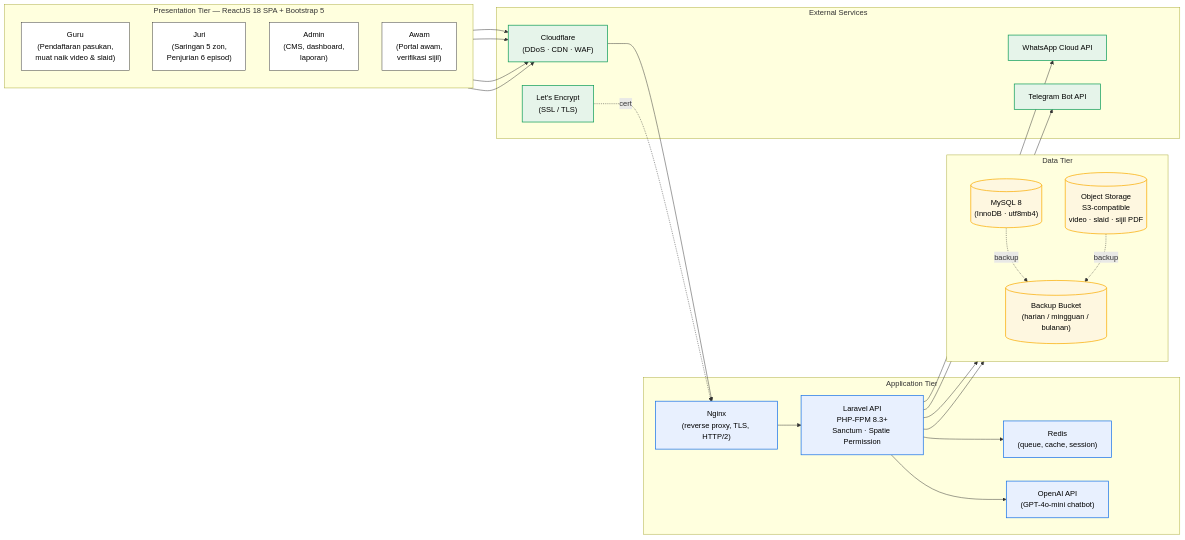
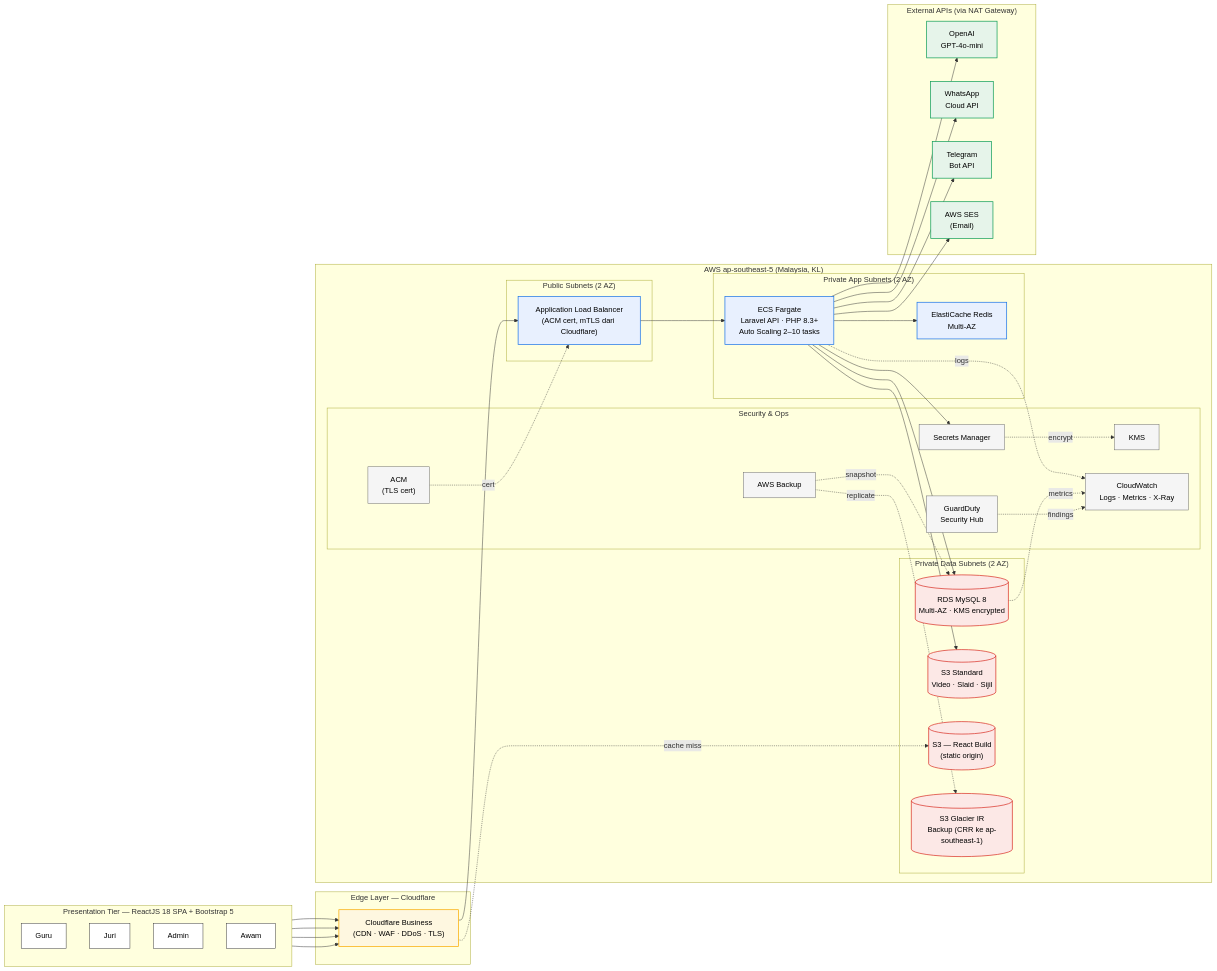
Before and after one commit to StreamDotMySolutions/junior_innovathon_2026: the second of 2 diagrams in docs/proposal-drafts/diagram-sistem.md, drawn with Mermaid. The commit also changed other lines of this file and 4 other files, not shown here.

````diff
--- a/docs/proposal-drafts/diagram-sistem.md
+++ b/docs/proposal-drafts/diagram-sistem.md
@@ -57,56 +57,84 @@
 flowchart LR
     subgraph PT["Presentation Tier — ReactJS 18 SPA + Bootstrap 5"]
         direction TB
-        G["Guru<br/>(Pendaftaran pasukan,<br/>muat naik video & slaid)"]
-        J["Juri<br/>(Saringan 5 zon,<br/>Penjurian 6 episod)"]
-        A["Admin<br/>(CMS, dashboard,<br/>laporan)"]
-        W["Awam<br/>(Portal awam,<br/>verifikasi sijil)"]
+        G["Guru"]
+        J["Juri"]
+        A["Admin"]
+        W["Awam"]
     end
 
-    subgraph AT["Application Tier"]
-        NX["Nginx<br/>(reverse proxy, TLS, HTTP/2)"]
-        AS["Laravel API<br/>PHP-FPM 8.3+<br/>Sanctum · Spatie Permission"]
-        Q["Redis<br/>(queue, cache, session)"]
-        CB["OpenAI API<br/>(GPT-4o-mini chatbot)"]
+    subgraph EDGE["Edge Layer — Cloudflare"]
+        CF["Cloudflare Business<br/>(CDN · WAF · DDoS · TLS)"]
     end
 
-    subgraph DT["Data Tier"]
-        direction TB
-        DB[("MySQL 8<br/>(InnoDB · utf8mb4)")]
-        OS[("Object Storage<br/>S3-compatible<br/>video · slaid · sijil PDF")]
-        BK[("Backup Bucket<br/>(harian / mingguan / bulanan)")]
+    subgraph AWSR["AWS ap-southeast-5 (Malaysia, KL)"]
+        subgraph PUB["Public Subnets (2 AZ)"]
+            ALB["Application Load Balancer<br/>(ACM cert, mTLS dari Cloudflare)"]
+        end
+
+        subgraph APP["Private App Subnets (2 AZ)"]
+            ECS["ECS Fargate<br/>Laravel API · PHP 8.3+<br/>Auto Scaling 2–10 tasks"]
+            REDIS["ElastiCache Redis<br/>Multi-AZ"]
+        end
+
+        subgraph DATA["Private Data Subnets (2 AZ)"]
+            RDS[("RDS MySQL 8<br/>Multi-AZ · KMS encrypted")]
+            S3UP[("S3 Standard<br/>Video · Slaid · Sijil")]
+            S3SPA[("S3 — React Build<br/>(static origin)")]
+            S3BK[("S3 Glacier IR<br/>Backup (CRR ke ap-southeast-1)")]
+        end
+
+        subgraph OPS["Security & Ops"]
+            ACM["ACM<br/>(TLS cert)"]
+            SM["Secrets Manager"]
+            KMS["KMS"]
+            CW["CloudWatch<br/>Logs · Metrics · X-Ray"]
+            GD["GuardDuty<br/>Security Hub"]
+            BK["AWS Backup"]
+        end
     end
 
-    subgraph EX["External Services"]
-        WA["WhatsApp Cloud API"]
-        TG["Telegram Bot API"]
-        CF["Cloudflare<br/>(DDoS · CDN · WAF)"]
-        LE["Let's Encrypt<br/>(SSL / TLS)"]
+    subgraph EXT["External APIs (via NAT Gateway)"]
+        OPENAI["OpenAI<br/>GPT-4o-mini"]
+        WA["WhatsApp<br/>Cloud API"]
+        TG["Telegram<br/>Bot API"]
+        SES["AWS SES<br/>(Email)"]
     end
 
     G --> CF
     J --> CF
     A --> CF
     W --> CF
-    CF --> NX
-    NX --> AS
-    AS --> Q
-    AS --> DB
-    AS --> OS
-    AS --> CB
-    AS --> WA
-    AS --> TG
-    DB -.backup.-> BK
-    OS -.backup.-> BK
-    LE -.cert.-> NX
+    CF --> ALB
+    CF -.cache miss.-> S3SPA
+    ALB --> ECS
+    ECS --> REDIS
+    ECS --> RDS
+    ECS --> S3UP
+    ECS --> SM
+    SM -.encrypt.-> KMS
+    ECS --> OPENAI
+    ECS --> WA
+    ECS --> TG
+    ECS --> SES
+    ECS -.logs.-> CW
+    RDS -.metrics.-> CW
+    GD -.findings.-> CW
+    BK -.snapshot.-> RDS
+    BK -.replicate.-> S3BK
+    ACM -.cert.-> ALB
 
     classDef client fill:#ffffff,stroke:#333,stroke-width:1px,color:#000
+    classDef edge fill:#fef7e0,stroke:#f9ab00,stroke-width:1.5px,color:#000
     classDef server fill:#e8f0fe,stroke:#1a73e8,stroke-width:1.5px,color:#000
-    classDef data fill:#fef7e0,stroke:#f9ab00,stroke-width:1.5px,color:#000
+    classDef data fill:#fce8e6,stroke:#d93025,stroke-width:1.5px,color:#000
+    classDef ops fill:#f5f5f5,stroke:#666,stroke-width:1px,color:#000
     classDef external fill:#e6f4ea,stroke:#0f9d58,stroke-width:1.5px,color:#000
 
     class G,J,A,W client
-    class NX,AS,Q,CB server
-    class DB,OS,BK data
-    class WA,TG,CF,LE external
+    class CF edge
+    class ALB,ECS,REDIS server
+    class RDS,S3UP,S3SPA,S3BK data
+    class ACM,SM,KMS,CW,GD,BK ops
+    class OPENAI,WA,TG,SES external
 ```
````
